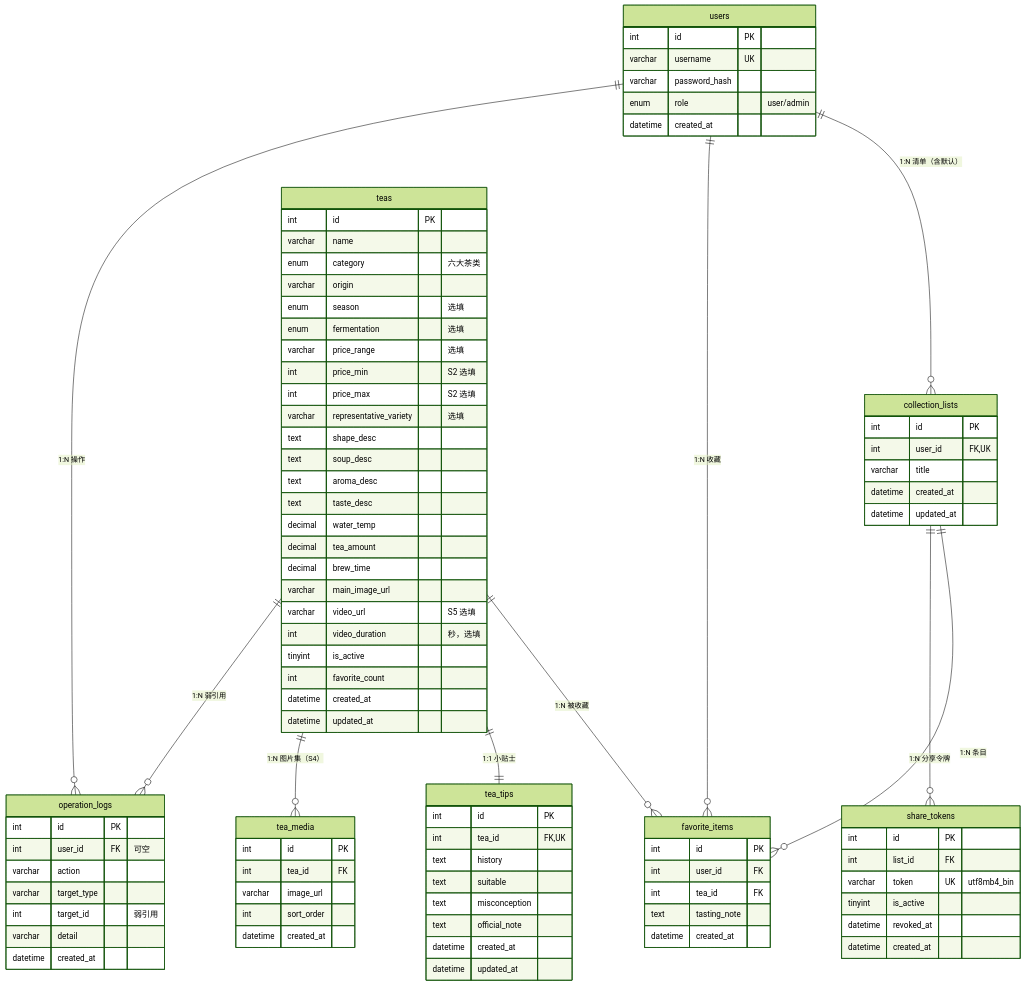
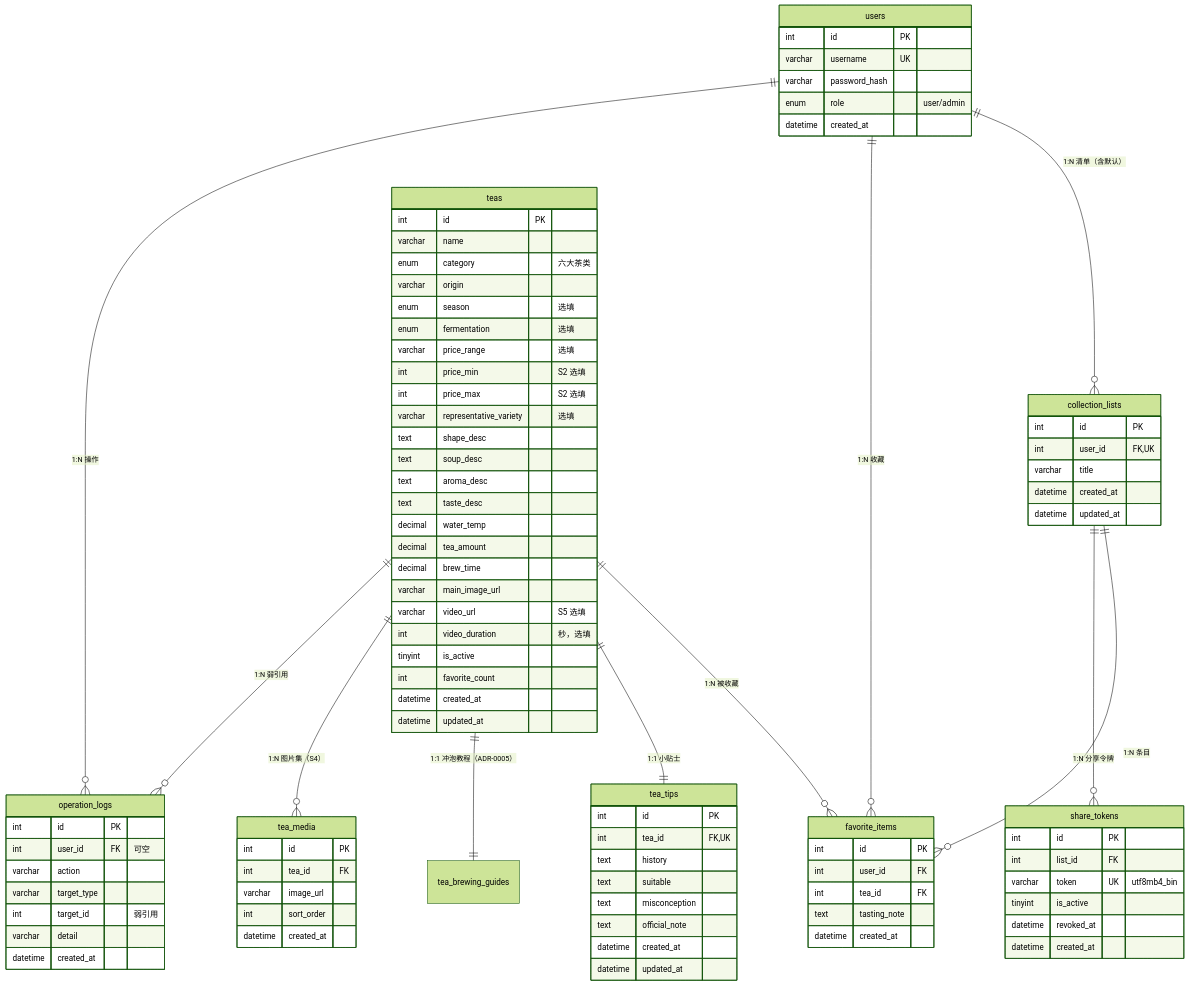
One commit to 123456899963/111 changed the diagram in docs/architecture/DATA_MODEL.md. Above: the diagram before and after it, drawn with Mermaid (forest theme). The commit also changed other lines of this file and 31 other files, not shown here.

First line of the commit message:
feat(tea): 详情页升级分步冲泡教程（ADR-0005）

```diff
--- a/docs/architecture/DATA_MODEL.md
+++ b/docs/architecture/DATA_MODEL.md
@@ -74,6 +77,7 @@
     collection_lists ||--o{ favorite_items : "1:N 条目"
     teas ||--o{ favorite_items : "1:N 被收藏"
     teas ||--|| tea_tips : "1:1 小贴士"
+    teas ||--|| tea_brewing_guides : "1:1 冲泡教程（ADR-0005）"
     teas ||--o{ tea_media : "1:N 图片集（S4）"
     collection_lists ||--o{ share_tokens : "1:N 分享令牌"
     users ||--o{ operation_logs : "1:N 操作"
```
